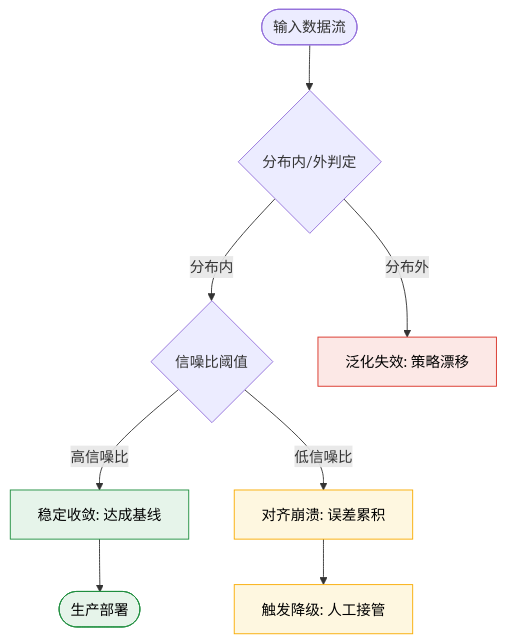
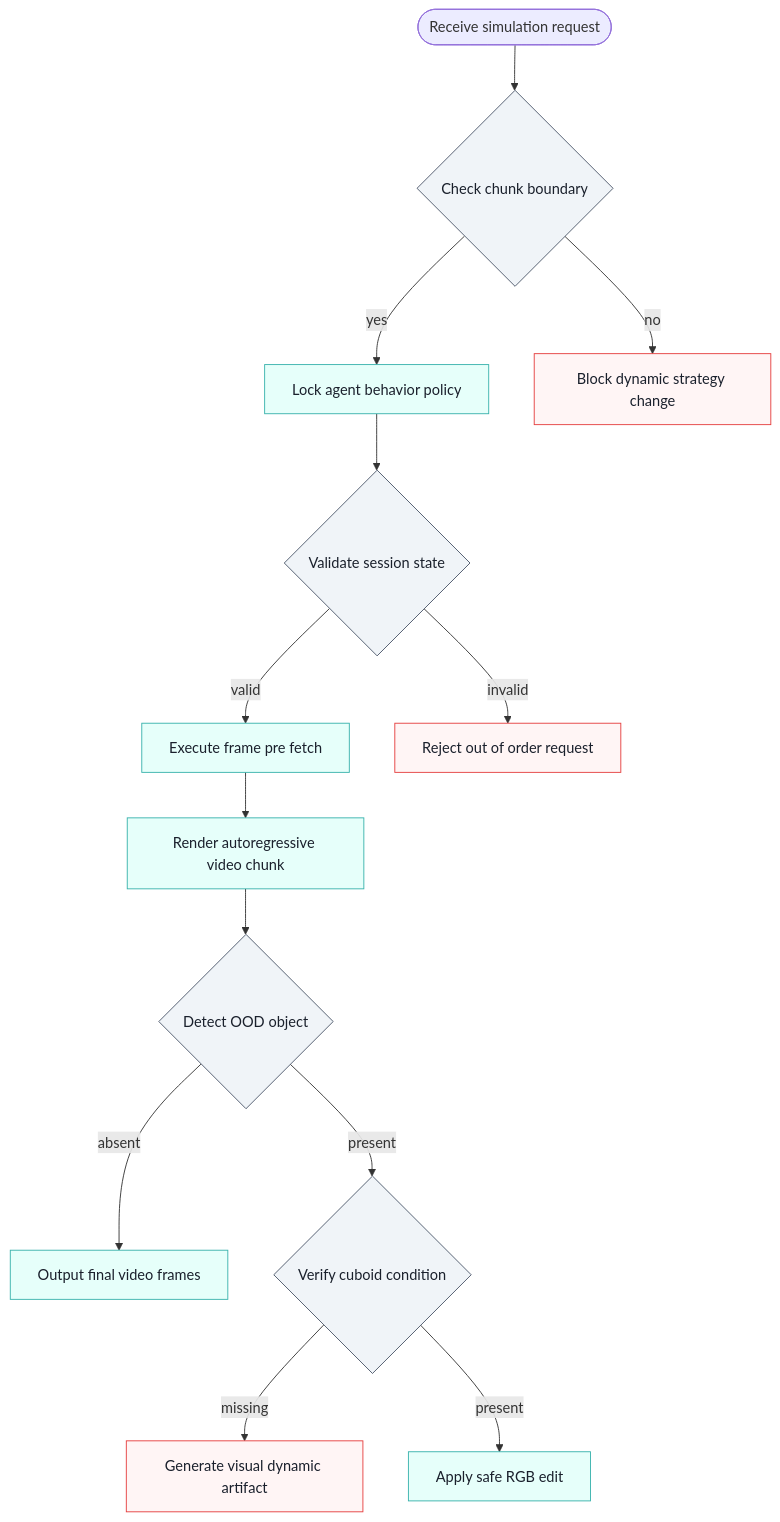
Diagram 12 of 13 in person_vault/2026-06-12_OmniDreamsRealTimeGenerativeWorldModel_2606.03159/report.md (ShinewineW/paper-rolling), drawn with Mermaid before and after one commit. The commit also changed other lines of this file and 51 other files, not shown here.

````diff
--- a/person_vault/2026-06-12_OmniDreamsRealTimeGenerativeWorldModel_2606.03159/report.md
+++ b/person_vault/2026-06-12_OmniDreamsRealTimeGenerativeWorldModel_2606.03159/report.md
@@ -465,14 +662,21 @@
 ```mermaid
 flowchart TD
-    classDef safe fill:#e6f4ea,stroke:#1e8e3e,color:#000;
-    classDef warn fill:#fef7e0,stroke:#f9ab00,color:#000;
-    classDef fail fill:#fce8e6,stroke:#d93025,color:#000;
-    
-    start(["输入数据流"]) --> check_dist{分布内/外判定}
-    check_dist -->|分布内| check_noise{信噪比阈值}
-    check_dist -->|分布外| ood_fail["泛化失效: 策略漂移"]:::fail
-    check_noise -->|高信噪比| safe_run["稳定收敛: 达成基线"]:::safe
-    check_noise -->|低信噪比| noise_fail["对齐崩溃: 误差累积"]:::warn
-    noise_fail --> fallback["触发降级: 人工接管"]:::warn
-    safe_run --> deploy(["生产部署"]):::safe
+    req(["Receive simulation request"]) --> chk{Check chunk boundary}
+    chk -- yes --> lock["Lock agent behavior policy"]
+    chk -- no --> block["Block dynamic strategy change"]
+    lock --> val{Validate session state}
+    val -- valid --> fetch["Execute frame pre fetch"]
+    val -- invalid --> drop["Reject out of order request"]
+    fetch --> gen["Render autoregressive video chunk"]
+    gen --> ood{Detect OOD object}
+    ood -- absent --> out["Output final video frames"]
+    ood -- present --> cub{Verify cuboid condition}
+    cub -- missing --> fail["Generate visual dynamic artifact"]
+    cub -- present --> edit["Apply safe RGB edit"]
+    classDef gate fill:#f0f4f8,stroke:#4a5568,color:#1a202c;
+    classDef proc fill:#e6fffa,stroke:#38b2ac,color:#1a202c;
+    classDef err fill:#fff5f5,stroke:#e53e3e,color:#1a202c;
+    class chk,val,ood,cub gate;
+    class lock,fetch,gen,out,edit proc;
+    class block,drop,fail err;
 ```
````
